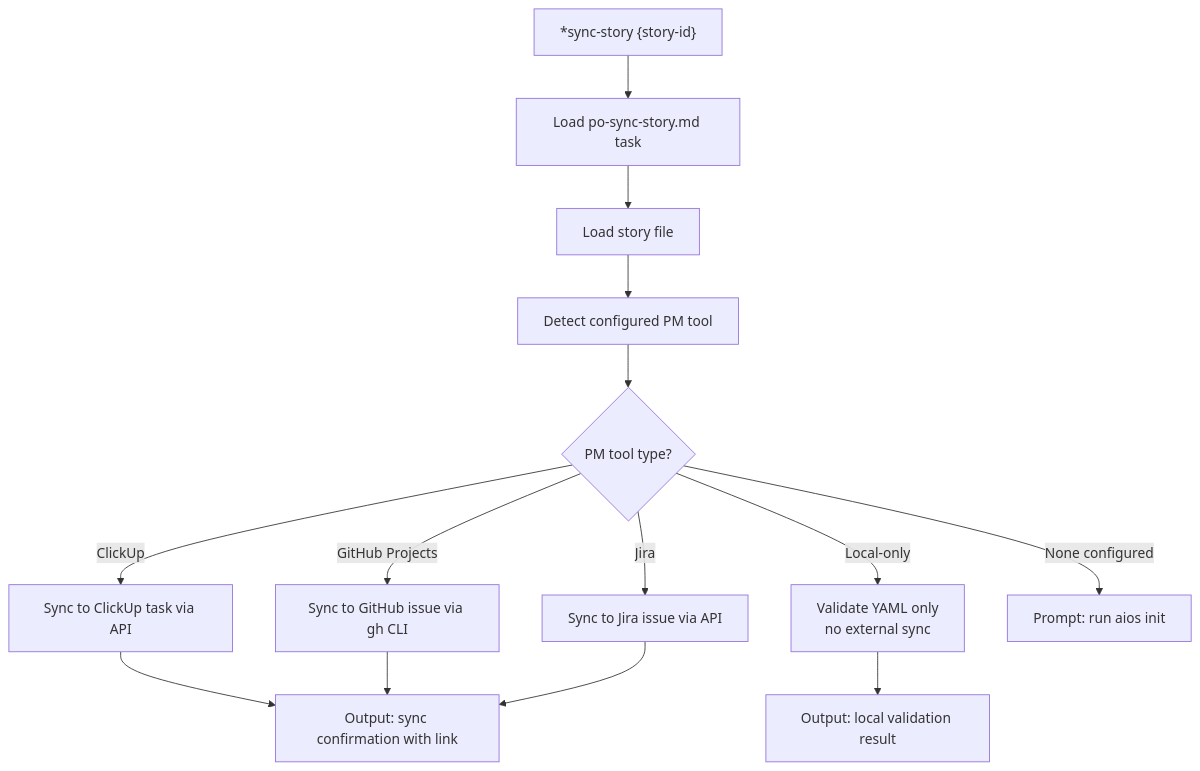
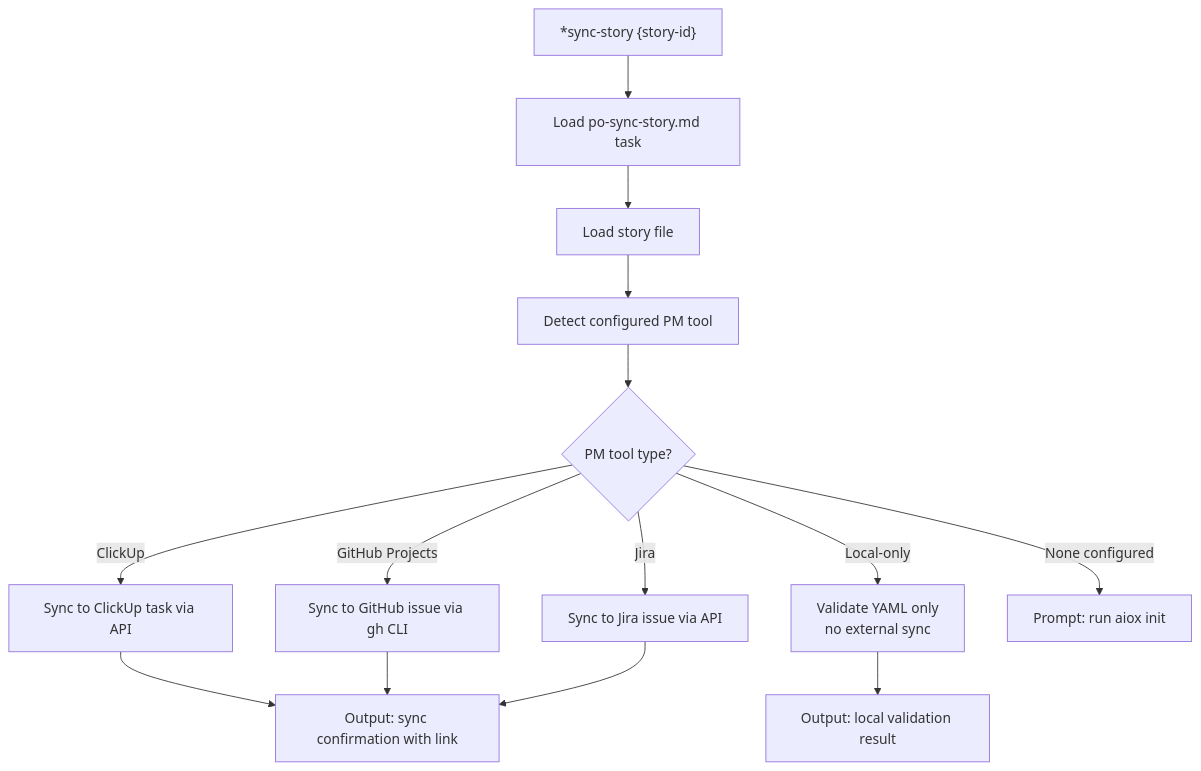
One commit to brunajunckes/aiox-core changed the ninth of 13 diagrams in docs/guides/agents/traces/po-execution-trace.md. Above: the diagram before and after it, drawn with Mermaid. The commit also changed other lines of this file and 3396 other files, not shown here.

First line of the commit message:
chore: rebrand aios → aiox across entire codebase (#552)

````diff
--- a/docs/guides/agents/traces/po-execution-trace.md
+++ b/docs/guides/agents/traces/po-execution-trace.md
@@ -324,16 +324,16 @@
 ```mermaid
 flowchart TD
     A["*sync-story {story-id}"] --> B[Load po-sync-story.md task]
     B --> C[Load story file]
     C --> D[Detect configured PM tool]
     D --> E{PM tool type?}
     E -->|ClickUp| F[Sync to ClickUp task via API]
     E -->|GitHub Projects| G[Sync to GitHub issue via gh CLI]
     E -->|Jira| H[Sync to Jira issue via API]
     E -->|Local-only| I[Validate YAML only<br/>no external sync]
-    E -->|None configured| J[Prompt: run aios init]
+    E -->|None configured| J[Prompt: run aiox init]
     F --> K[Output: sync confirmation with link]
     G --> K
     H --> K
     I --> L[Output: local validation result]
 ```
````
